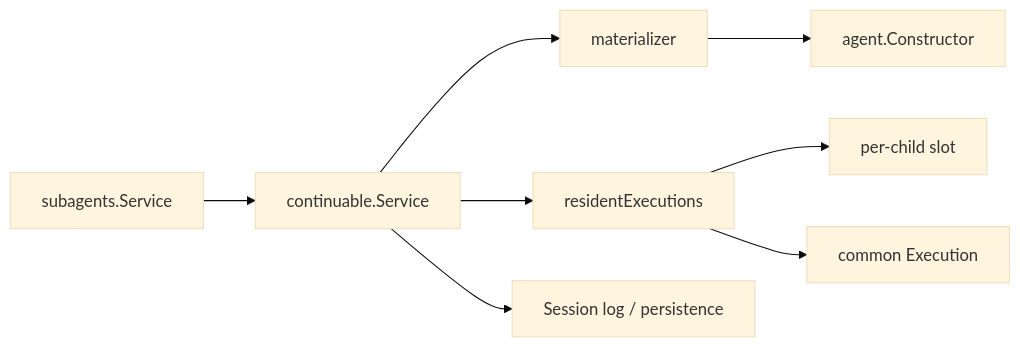
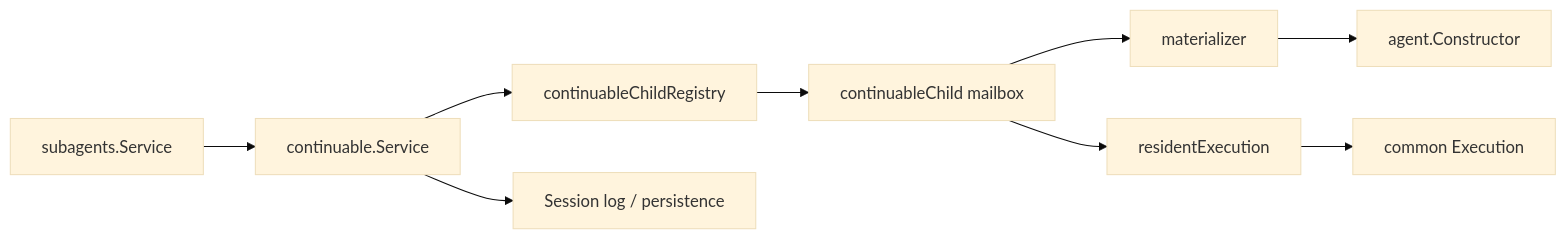
One commit to gorenx/goren changed the diagram in subagent/internal/continuable/README.zh-CN.md. Above: the diagram before and after it, drawn with Mermaid (base theme). The commit also changed other lines of this file and 1 other file, not shown here.

Commit message:
docs(subagent): describe continuable child ownership

````diff
--- a/subagent/internal/continuable/README.zh-CN.md
+++ b/subagent/internal/continuable/README.zh-CN.md
@@ -5,10 +5,11 @@
 ```mermaid
 flowchart LR
     Service[subagents.Service] --> Continue[continuable.Service]
-    Continue --> Materializer[materializer]
-    Continue --> Residents[residentExecutions]
+    Continue --> Children[continuableChildRegistry]
+    Children --> Child[continuableChild mailbox]
+    Child --> Materializer[materializer]
+    Child --> Resident[residentExecution]
     Materializer --> Constructor[agent.Constructor]
-    Residents --> Slot[per-child slot]
-    Residents --> Execution[common Execution]
+    Resident --> Execution[common Execution]
     Continue --> Session[Session log / persistence]
 ```
````
